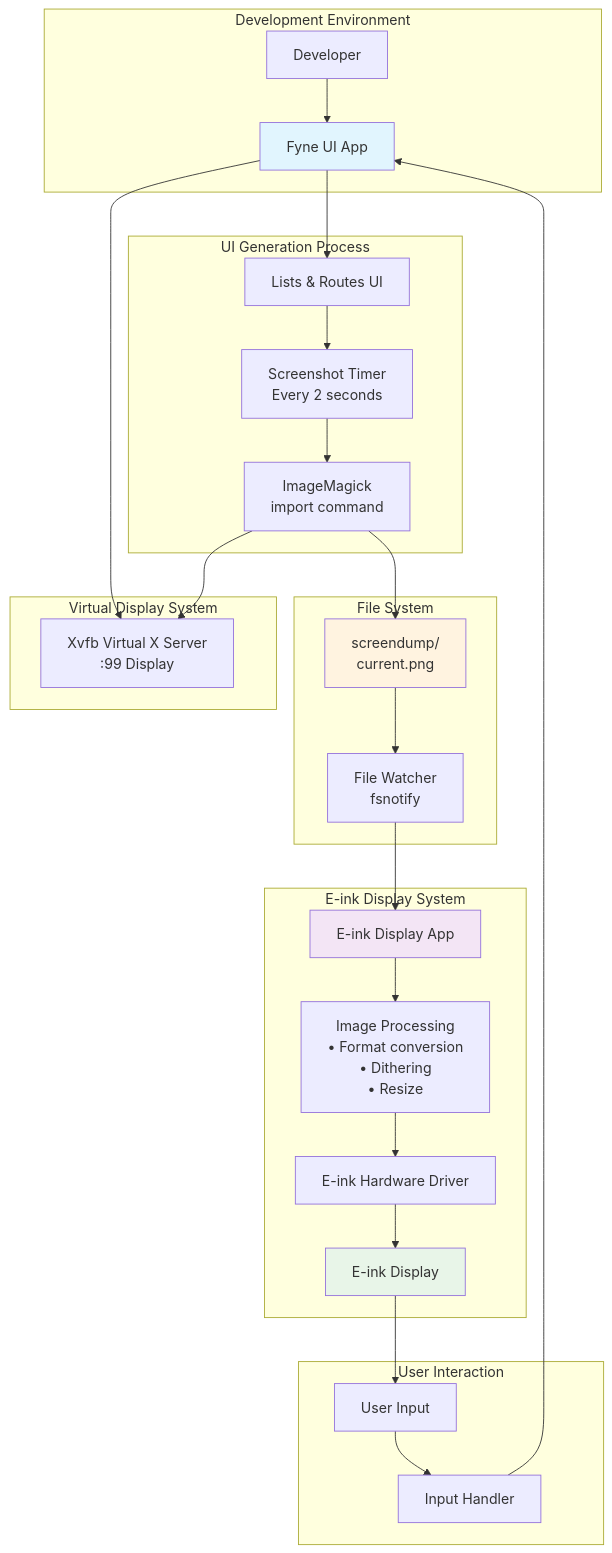
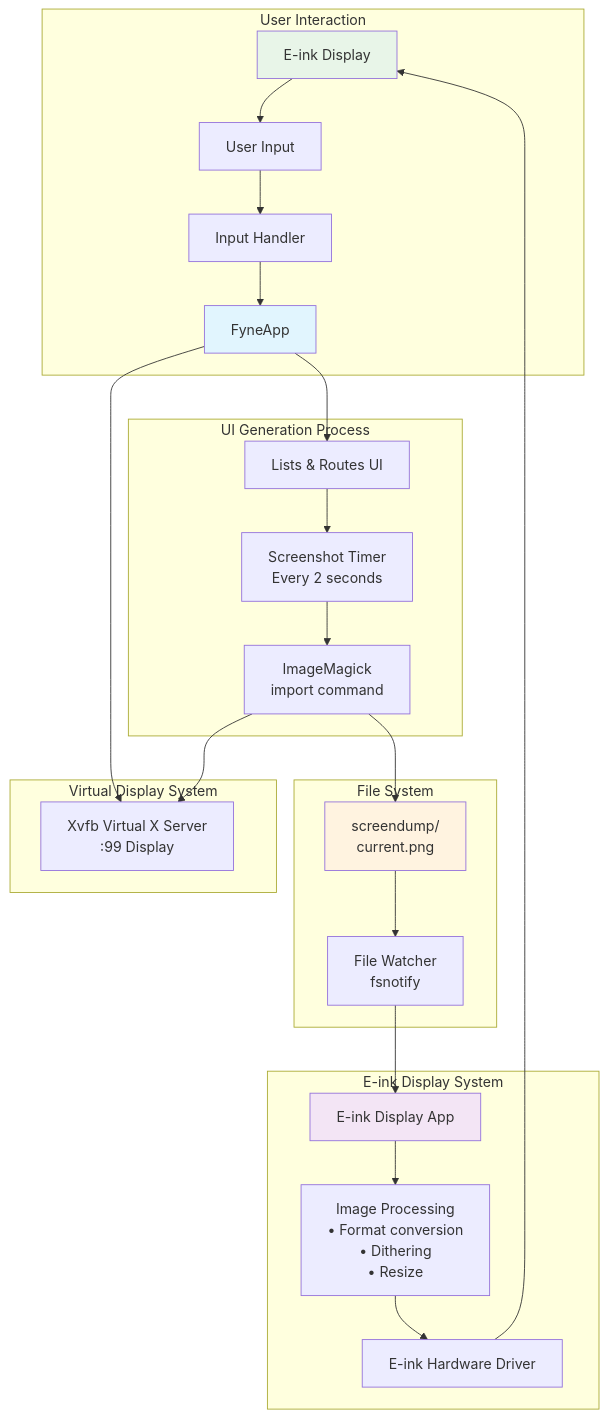
One commit to stagfoo/pennyblack changed the diagram in README.md. Above: the diagram before and after it, drawn with Mermaid. The commit also changed other lines of this file, not shown here.

````diff
--- a/README.md
+++ b/README.md
@@ -10,41 +21,38 @@
 ```mermaid
-graph TB
-    subgraph "Development Environment"
-        Dev[Developer] --> FyneApp[Fyne UI App]
+graph TD
+
+    subgraph "User Interaction"
+        EinkScreen --> User[User Input]
+        User --> InputHandler[Input Handler]
+        InputHandler --> FyneApp
     end
     
     subgraph "Virtual Display System"
         Xvfb[Xvfb Virtual X Server<br/>:99 Display]
         FyneApp --> Xvfb
     end
     
     subgraph "UI Generation Process"
         FyneApp --> Lists[Lists & Routes UI]
         Lists --> Screenshot[Screenshot Timer<br/>Every 2 seconds]
         Screenshot --> ImageMagick[ImageMagick<br/>import command]
         ImageMagick --> Xvfb
     end
     
     subgraph "File System"
         ImageMagick --> Folder[screendump/<br/>current.png]
         Folder --> FileWatch[File Watcher<br/>fsnotify]
     end
     
     subgraph "E-ink Display System"
         FileWatch --> EinkApp[E-ink Display App]
         EinkApp --> ImageProcess[Image Processing<br/>• Format conversion<br/>• Dithering<br/>• Resize]
         ImageProcess --> EinkDriver[E-ink Hardware Driver]
         EinkDriver --> EinkScreen[E-ink Display]
     end
     
-    subgraph "User Interaction"
-        EinkScreen --> User[User Input]
-        User --> InputHandler[Input Handler]
-        InputHandler --> FyneApp
-    end
-    
     style FyneApp fill:#e1f5fe
     style EinkApp fill:#f3e5f5
     style EinkScreen fill:#e8f5e8
     style Folder fill:#fff3e0
 ```
````
